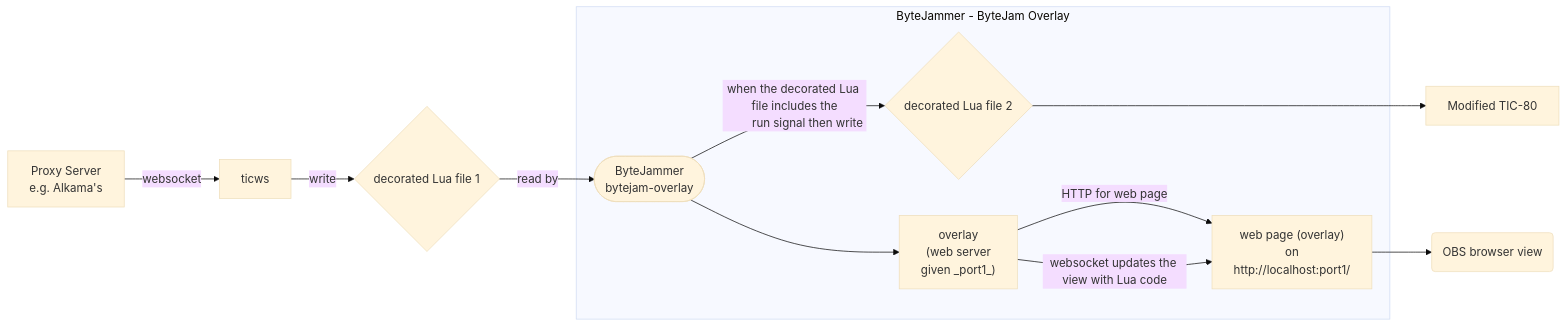
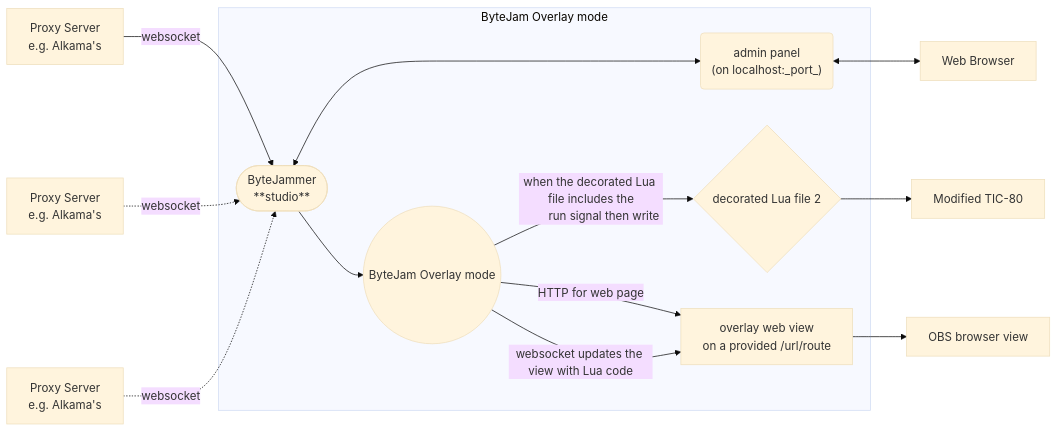
Before and after one commit to creativenucleus/bytejammer2: the first of 3 diagrams in readme.md, drawn with Mermaid (base theme). The commit also changed other lines of this file, not shown here.

````diff
--- a/readme.md
+++ b/readme.md
@@ -70,24 +72,29 @@
 ```mermaid
 flowchart LR
-    _PS[Proxy Server
+    _PS1[Proxy Server
         e.g. Alkama's
     ]
-    _PS --> |websocket| TWS[ticws]
-    TWS --> |write|DF1{decorated Lua file 1}
-    DF1 --> |read by|BJ([ByteJammer
-        bytejam-overlay])
-    subgraph "ByteJammer - ByteJam Overlay"
-    BJ --> |when the decorated Lua file includes the
+    _PS1 --> |websocket| BJ
+    _PS2[Proxy Server
+        e.g. Alkama's
+    ]
+    _PS2 .-> |websocket| BJ
+    _PS3[Proxy Server
+        e.g. Alkama's
+    ]
+    _PS3 .-> |websocket| BJ
+    subgraph "ByteJam Overlay mode"
+    BJ <---> BJCP("admin panel
+        (on localhost:_port_)")
+    BJ(["ByteJammer
+        **studio**"]) --> BJMO
+    BJMO((ByteJam Overlay mode)) --> |when the decorated Lua file includes the
         run signal then write|DF2{decorated Lua file 2}
-    BJ --> WSO["overlay
-        (web server
-        given _port1_)"]
-    WSO --> |HTTP for web page|WSP["web page (overlay)
-        on
-        http://localhost:port1/
-        "]
-    WSO --> |websocket updates the view with Lua code|WSP
+    BJMO --> |HTTP for web page|WSP["overlay web view
+        on a provided /url/route"]
+    BJMO --> |websocket updates the view with Lua code|WSP
     end
-    DF2 ---> TIC80[Modified TIC-80]
-    WSP --> OBS(OBS browser view)
+    DF2 --> TIC80[Modified TIC-80]
+    WSP --> OBS[OBS browser view]
+    BJCP <--> WB[Web Browser]
 ```
````
